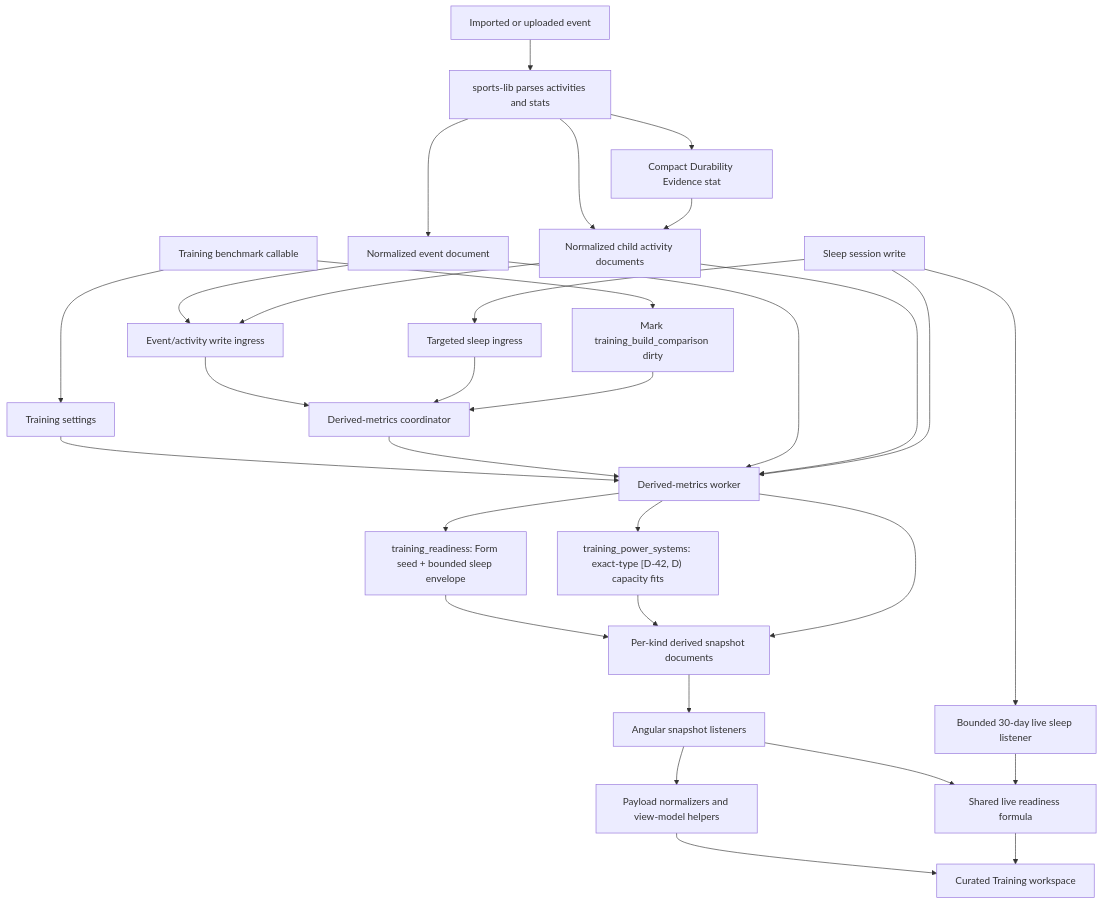
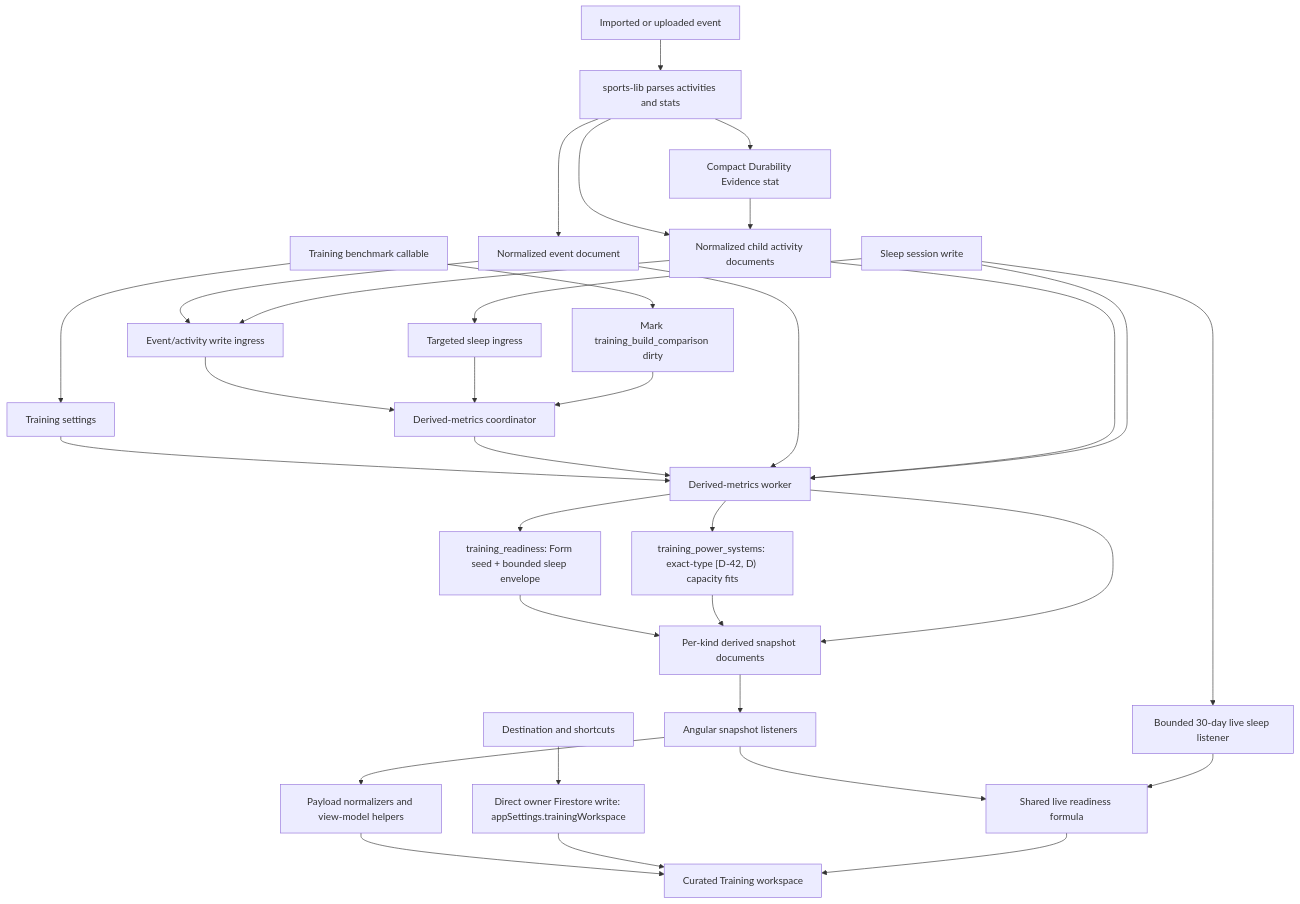
Before and after one commit to jimmykane/quantified-self: the diagram in docs/training-workspace.md, drawn with Mermaid. The commit also changed other lines of this file and 30 other files, not shown here.

````diff
--- a/docs/training-workspace.md
+++ b/docs/training-workspace.md
@@ -111,33 +115,35 @@
 ```mermaid
 flowchart TD
     A["Imported or uploaded event"] --> B["sports-lib parses activities and stats"]
     B --> C["Normalized event document"]
     B --> D["Normalized child activity documents"]
     B --> E["Compact Durability Evidence stat"]
     E --> D
     C --> F["Event/activity write ingress"]
     D --> F
     S["Sleep session write"] --> G["Targeted sleep ingress"]
     S --> P["Bounded 30-day live sleep listener"]
     U["Training benchmark callable"] --> H["Training settings"]
     U --> I["Mark training_build_comparison dirty"]
+    V["Destination and shortcuts"] --> W["Direct owner Firestore write: appSettings.trainingWorkspace"]
     F --> J["Derived-metrics coordinator"]
     G --> J
     I --> J
     H --> K["Derived-metrics worker"]
     J --> K
     C --> K
     D --> K
     S --> K
     K --> R["training_readiness: Form seed + bounded sleep envelope"]
     R --> L["Per-kind derived snapshot documents"]
     K --> PS["training_power_systems: exact-type [D-42, D) capacity fits"]
     PS --> L
     K --> L
     L --> M["Angular snapshot listeners"]
     M --> N["Payload normalizers and view-model helpers"]
     N --> O["Curated Training workspace"]
+    W --> O
     M --> Q["Shared live readiness formula"]
     P --> Q
     Q --> O
 ```
````
